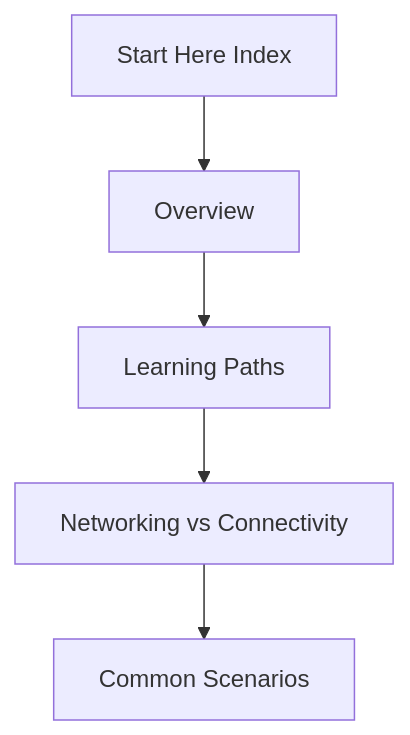
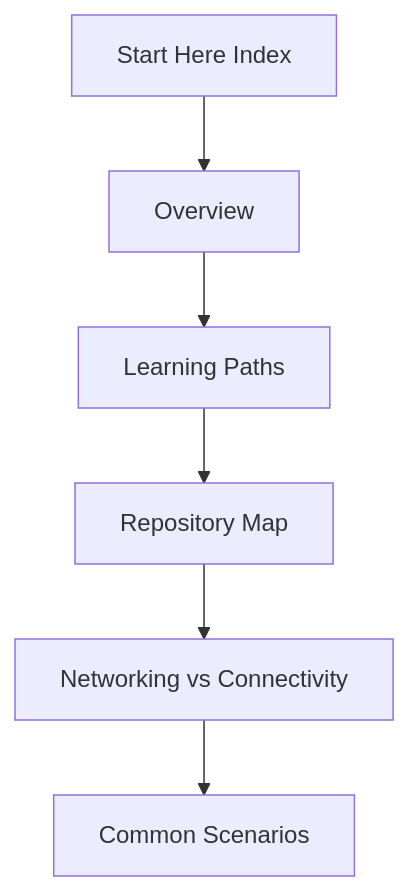
Before and after one commit to yeongseon/azure-networking-practical-guide: the diagram in docs/start-here/index.md, drawn with Mermaid. The commit also changed other lines of this file and 2 other files, not shown here.

Commit message:
docs: add repository-map to Start Here
Oracle review flagged that AGENTS.md Start Here Rules list
repository-map.md as a required page, but the repo did not have one.

- Add docs/start-here/repository-map.md with section index and
  a "When to Use Each Section" table.
- Wire it into mkdocs.yml nav under Start Here.
- Update docs/start-here/index.md navigation table, reading-path
  diagram, and See Also list to include Repository Map.

mkdocs build --strict passes.

````diff
--- a/docs/start-here/index.md
+++ b/docs/start-here/index.md
@@ -29,7 +30,8 @@
 ```mermaid
 graph TD
     IN[Start Here Index] --> OV[Overview]
     OV --> LP[Learning Paths]
-    LP --> NC[Networking vs Connectivity]
+    LP --> RM[Repository Map]
+    RM --> NC[Networking vs Connectivity]
     NC --> CS[Common Scenarios]
 ```
````
